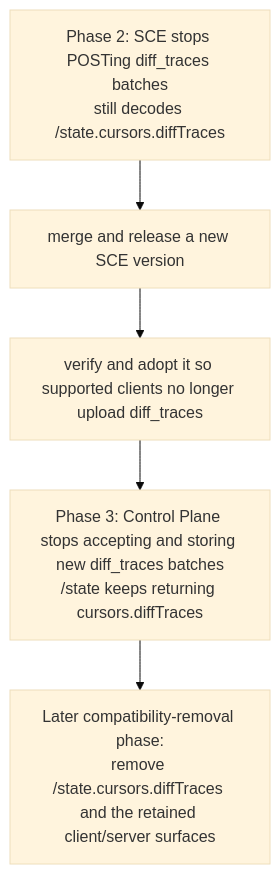
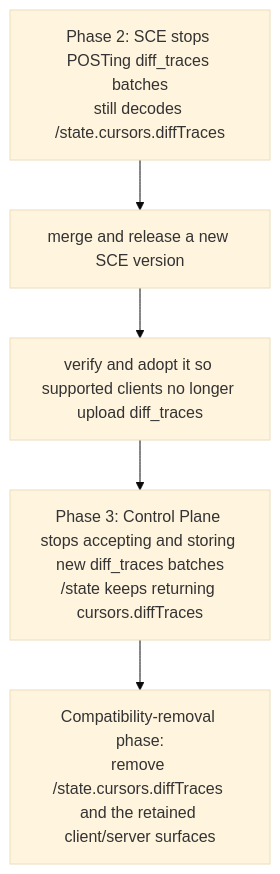
The second of 2 diagrams in context/cli/agent-trace-sync-command.md (crocoder-dev/shared-context-engineering), drawn with Mermaid (base theme) before and after one commit. The commit also changed other lines of this file and 10 other files, not shown here.

First line of the commit message:
sync: Remove diff_traces compatibility surfaces

````diff
--- a/context/cli/agent-trace-sync-command.md
+++ b/context/cli/agent-trace-sync-command.md
@@ -46,7 +46,7 @@
 ```mermaid
 flowchart TD
     P2["Phase 2: SCE stops POSTing diff_traces batches<br/>still decodes /state.cursors.diffTraces"] --> R[merge and release a new SCE version]
     R --> V[verify and adopt it so supported clients no longer upload diff_traces]
     V --> P3["Phase 3: Control Plane stops accepting and storing new diff_traces batches<br/>/state keeps returning cursors.diffTraces"]
-    P3 --> CR["Later compatibility-removal phase:<br/>remove /state.cursors.diffTraces and the retained client/server surfaces"]
+    P3 --> CR["Compatibility-removal phase:<br/>remove /state.cursors.diffTraces and the retained client/server surfaces"]
 ```
````
